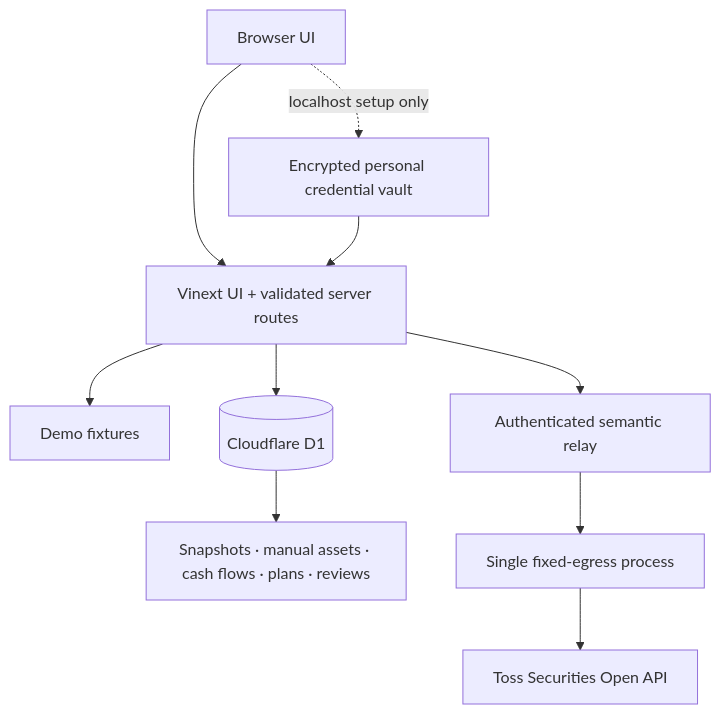
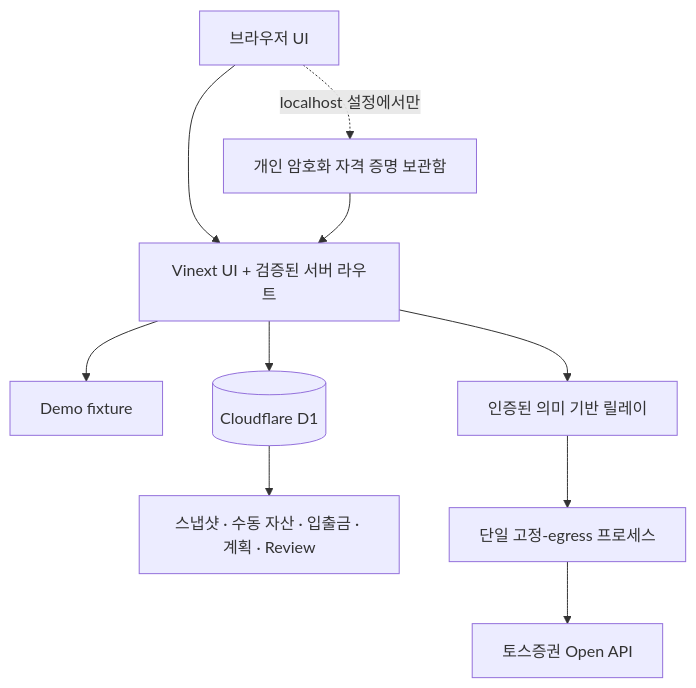
One commit to taehyeong51/toss-invest-openapi-ledgerlens changed the diagram in README.md. Above: the diagram before and after it, drawn with Mermaid. The commit also changed other lines of this file and 10 other files, not shown here.

Commit message:
docs: foreground Toss Open API integration

````diff
--- a/README.md
+++ b/README.md
@@ -94,12 +145,12 @@
 ```mermaid
 flowchart TD
-  Browser[Browser UI] --> App[Vinext UI + validated server routes]
-  Browser -. localhost setup only .-> Vault[Encrypted personal credential vault]
+  Browser[브라우저 UI] --> App[Vinext UI + 검증된 서버 라우트]
+  Browser -. localhost 설정에서만 .-> Vault[개인 암호화 자격 증명 보관함]
   Vault --> App
-  App --> Demo[Demo fixtures]
+  App --> Demo[Demo fixture]
   App --> D1[(Cloudflare D1)]
-  D1 --> Records[Snapshots · manual assets · cash flows · plans · reviews]
-  App --> Relay[Authenticated semantic relay]
-  Relay --> Fixed[Single fixed-egress process]
-  Fixed --> Toss[Toss Securities Open API]
+  D1 --> Records[스냅샷 · 수동 자산 · 입출금 · 계획 · Review]
+  App --> Relay[인증된 의미 기반 릴레이]
+  Relay --> Fixed[단일 고정-egress 프로세스]
+  Fixed --> Toss[토스증권 Open API]
 ```
````
